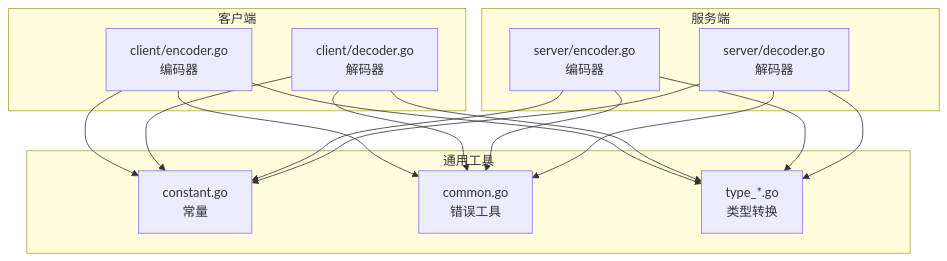
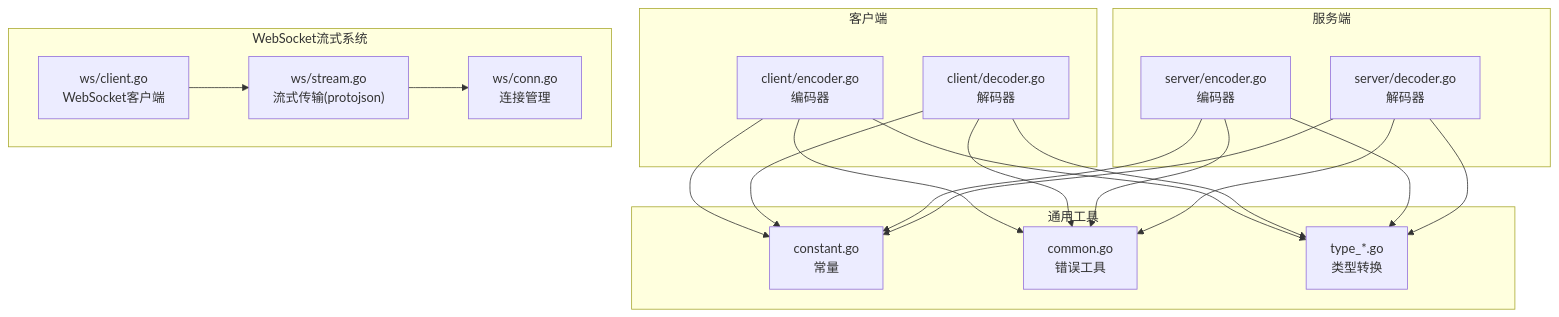
One commit to soyacen/goose changed the first of 10 diagrams in .agents/repowiki/zh/content/HTTP 服务器框架/编解码器系统.md. Above: the diagram before and after it, drawn with Mermaid. The commit also changed other lines of this file and 3 other files, not shown here.

````diff
--- a/.agents/repowiki/zh/content/HTTP 服务器框架/编解码器系统.md
+++ b/.agents/repowiki/zh/content/HTTP 服务器框架/编解码器系统.md
@@ -51,28 +68,35 @@
 ```mermaid
 graph TB
 subgraph "客户端"
 C_Enc["client/encoder.go<br/>编码器"]
 C_Dec["client/decoder.go<br/>解码器"]
 end
 subgraph "服务端"
 S_Enc["server/encoder.go<br/>编码器"]
 S_Dec["server/decoder.go<br/>解码器"]
+end
+subgraph "WebSocket流式系统"
+WS_Client["ws/client.go<br/>WebSocket客户端"]
+WS_Stream["ws/stream.go<br/>流式传输(protojson)"]
+WS_Conn["ws/conn.go<br/>连接管理"]
 end
 subgraph "通用工具"
 Const["constant.go<br/>常量"]
 Common["common.go<br/>错误工具"]
 Types["type_*.go<br/>类型转换"]
 end
 C_Enc --> Const
 C_Dec --> Const
 S_Enc --> Const
 S_Dec --> Const
 C_Enc --> Common
 C_Dec --> Common
 S_Enc --> Common
 S_Dec --> Common
 C_Enc --> Types
 C_Dec --> Types
 S_Enc --> Types
 S_Dec --> Types
+WS_Stream --> WS_Conn
+WS_Client --> WS_Stream
 ```
````
